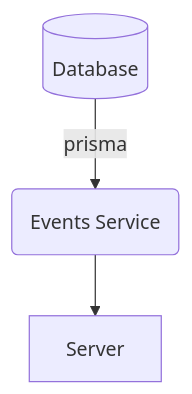
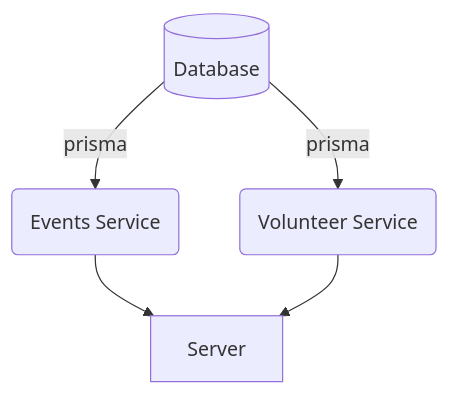
The first of 3 diagrams in README.md (EslebanPerez/HackTheOcean), drawn with Mermaid before and after one commit. The commit also changed other lines of this file, not shown here.

````diff
--- a/README.md
+++ b/README.md
@@ -80,5 +82,7 @@
 ```mermaid
 graph TD;
 A[(Database)] -->|prisma| B(Events Service)
 B --> C[Server]
+A -->|prisma| D
+D(Volunteer Service) -->C
 ```
````
